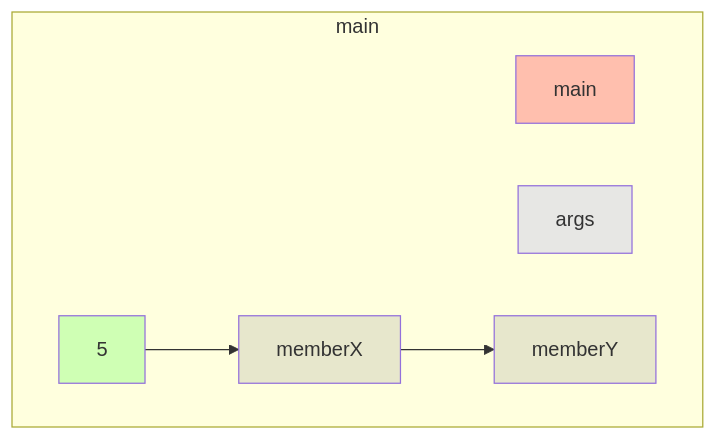
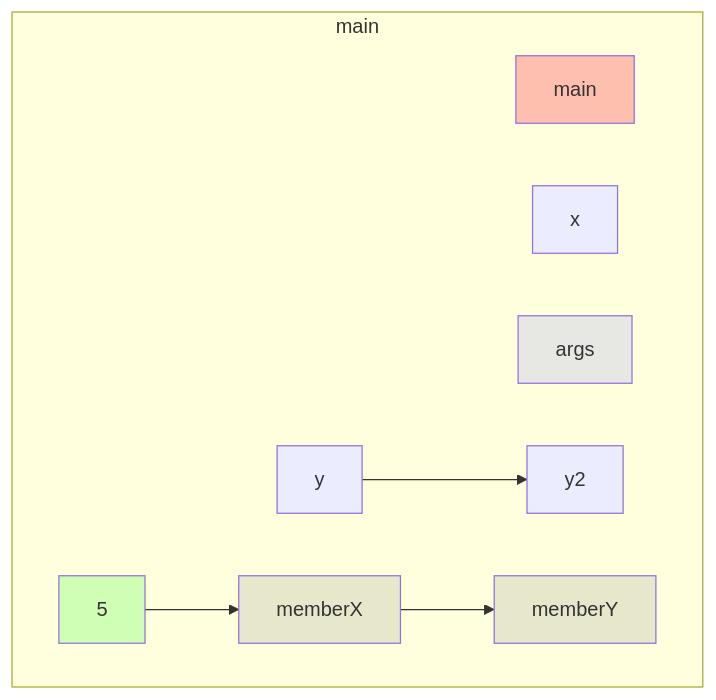
The diagram in app/src/test/resources/files/truth.md (gstiebler/codeflow), drawn with Mermaid before and after one commit. The commit also changed 7 other files, not shown here.

````diff
--- a/app/src/test/resources/files/truth.md
+++ b/app/src/test/resources/files/truth.md
@@ -1,17 +1,21 @@
 ```mermaid
 flowchart TD
-  subgraph 4309014["main"]
-    -1082851059[5]:::LITERAL
-    56853577[main]:::RETURN
-    154667611[args]:::FUNC_PARAM
-    16130999090[memberX]:::VARIABLE
-    16130999107[memberY]:::VARIABLE
-    -1082851059[5]:::LITERAL --> 16130999090[memberX]:::VARIABLE
-    16130999090[memberX]:::VARIABLE --> 16130999107[memberY]:::VARIABLE
-  end
-  classDef LITERAL fill:#00FF0030
-  classDef VARIABLE fill:#80808030
-  classDef BIN_OP fill:#80808080
-  classDef FUNC_PARAM fill:#8080FF30
-  classDef RETURN fill:#FF808080
+    subgraph 4309014["main"]
+        -1082851059[5]:::LITERAL
+        -1082850032[y]:::OBJ_VARIABLE
+        -1082786566[y2]:::OBJ_VARIABLE
+        56853577[main]:::RETURN
+        103683861[x]:::OBJ_VARIABLE
+        154667611[args]:::FUNC_PARAM
+        16130999090[memberX]:::VARIABLE
+        16130999107[memberY]:::VARIABLE
+        -1082851059[5]:::LITERAL --> 16130999090[memberX]:::VARIABLE
+        -1082850032[y]:::OBJ_VARIABLE --> -1082786566[y2]:::OBJ_VARIABLE
+        16130999090[memberX]:::VARIABLE --> 16130999107[memberY]:::VARIABLE
+    end
+    classDef LITERAL fill:#00FF0030
+    classDef VARIABLE fill:#80808030
+    classDef BIN_OP fill:#80808080
+    classDef FUNC_PARAM fill:#8080FF30
+    classDef RETURN fill:#FF808080
 ```
````
